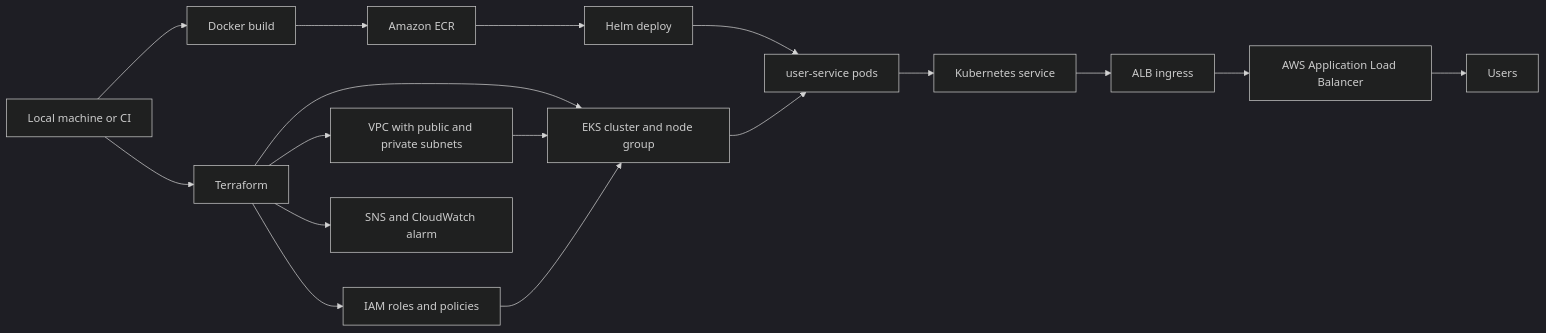
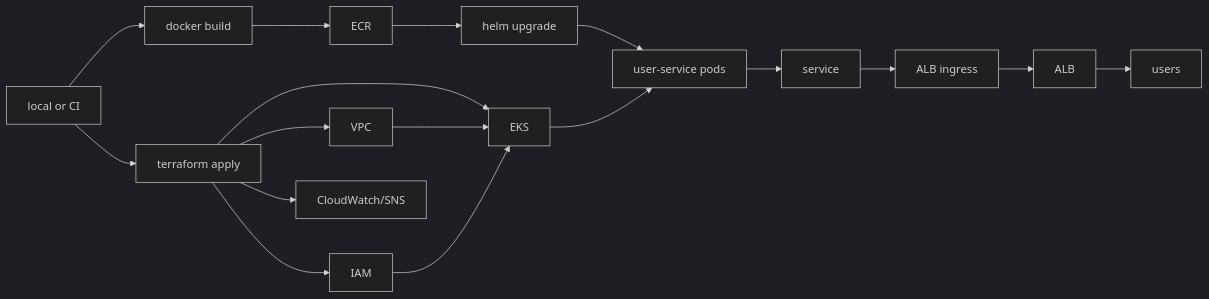
One commit to sashank1064/cloud-native-ci-cd changed the diagram in README.md. Above: the diagram before and after it, drawn with Mermaid (dark theme). The commit also changed other lines of this file and 2 other files, not shown here.

Commit message:
Tighten README and Helm chart

````diff
--- a/README.md
+++ b/README.md
@@ -17,22 +19,22 @@
 ```mermaid
 flowchart LR
-    Dev[Local machine or CI] --> Docker[Docker build]
-    Docker --> ECR[Amazon ECR]
+    Dev[local or CI] --> Build[docker build]
+    Build --> ECR[ECR]
 
-    Dev --> TF[Terraform]
-    TF --> VPC[VPC with public and private subnets]
-    TF --> IAM[IAM roles and policies]
-    TF --> EKS[EKS cluster and node group]
-    TF --> SNS[SNS and CloudWatch alarm]
+    Dev --> TF[terraform apply]
+    TF --> VPC[VPC]
+    TF --> EKS[EKS]
+    TF --> IAM[IAM]
+    TF --> Alerts[CloudWatch/SNS]
 
-    ECR --> Helm[Helm deploy]
+    ECR --> Helm[helm upgrade]
     Helm --> Pods[user-service pods]
-    Pods --> SVC[Kubernetes service]
-    SVC --> Ingress[ALB ingress]
-    Ingress --> ALB[AWS Application Load Balancer]
-    ALB --> Users[Users]
+    Pods --> Svc[service]
+    Svc --> Ing[ALB ingress]
+    Ing --> ALB[ALB]
+    ALB --> Users[users]
 
     VPC --> EKS
     IAM --> EKS
     EKS --> Pods
 ```
````
